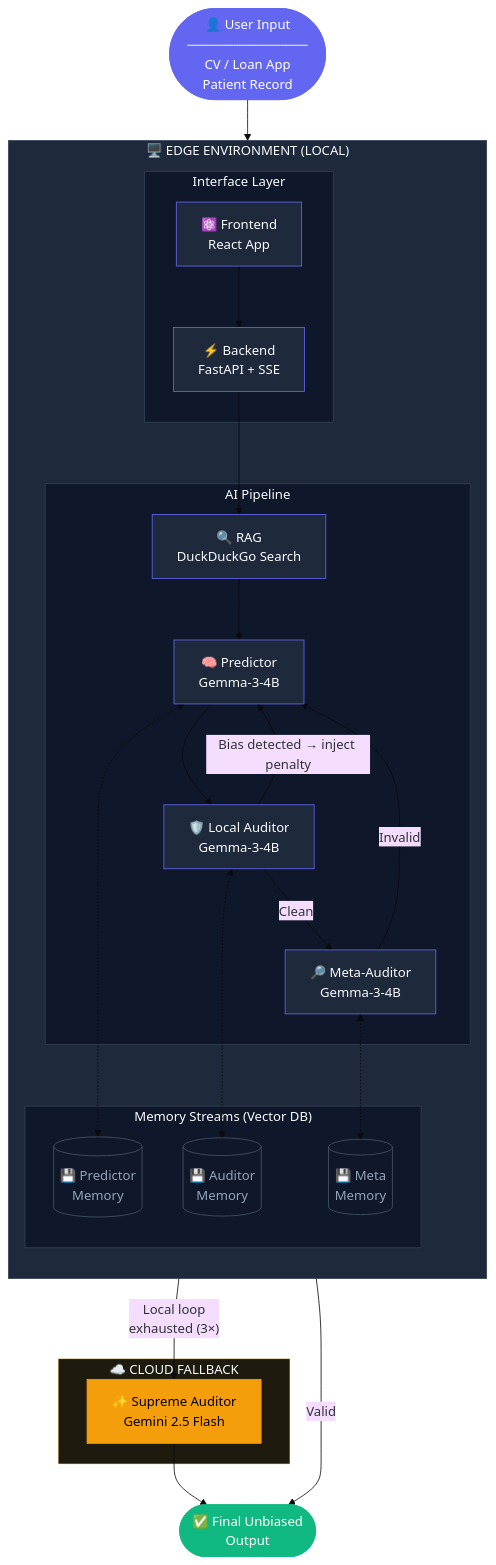
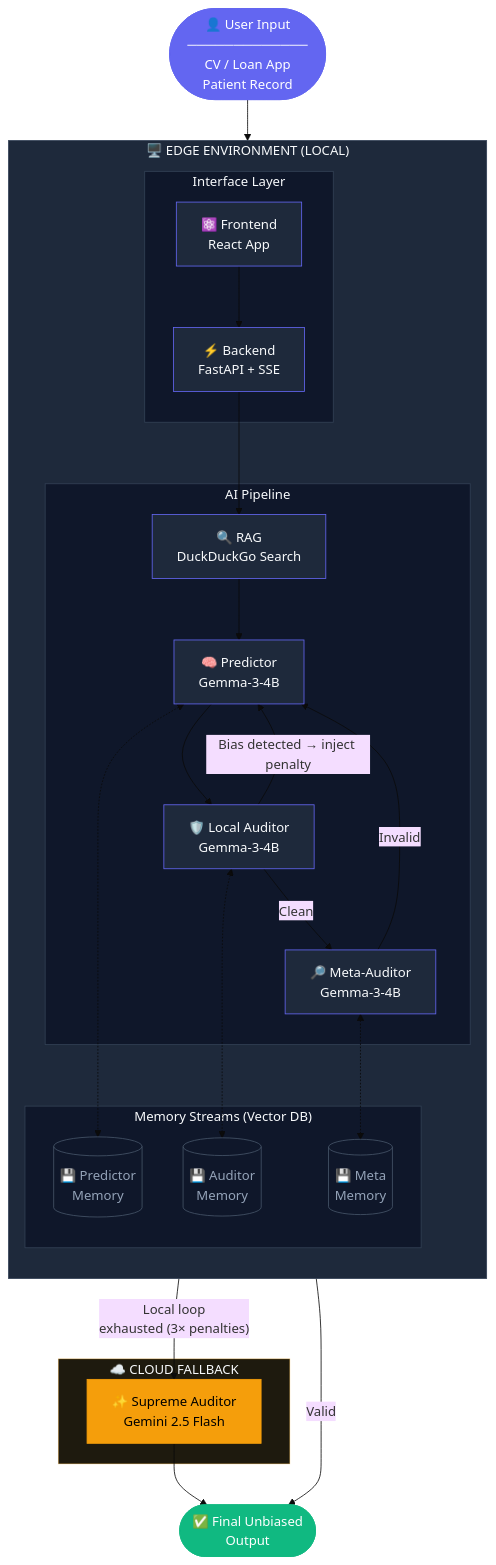
The diagram in README.md (SayanSantra-t/unbaised_AI), drawn with Mermaid (base theme) before and after one commit.

````diff
--- a/README.md
+++ b/README.md
@@ -11,66 +11,67 @@
 ```mermaid
 flowchart TD
     User(["👤 User Input\n─────────────\nCV / Loan App\nPatient Record"])
 
     subgraph EDGE["🖥️ EDGE ENVIRONMENT (LOCAL)"]
         direction TB
 
         subgraph UI["Interface Layer"]
             FE["⚛️ Frontend\nReact App"]
             BE["⚡ Backend\nFastAPI + SSE"]
         end
 
         subgraph PIPELINE["AI Pipeline"]
             RAG["🔍 RAG\nDuckDuckGo Search"]
             PRED["🧠 Predictor\nGemma-3-4B"]
             AUD["🛡️ Local Auditor\nGemma-3-4B"]
             META["🔎 Meta-Auditor\nGemma-3-4B"]
         end
 
         subgraph MEMORY["Memory Streams (Vector DB)"]
             VM1[("💾 Predictor\nMemory")]
             VM2[("💾 Auditor\nMemory")]
             VM3[("💾 Meta\nMemory")]
         end
     end
 
     subgraph CLOUD["☁️ CLOUD FALLBACK"]
         SUP["✨ Supreme Auditor\nGemini 2.5 Flash"]
     end
 
     RESULT(["✅ Final Unbiased\nOutput"])
 
     User --> FE --> BE
     BE --> RAG
     RAG --> PRED
     PRED --> AUD
     AUD -- "Bias detected → inject penalty" --> PRED
     AUD -- "Clean" --> META
     META -- "Valid" --> RESULT
     META -- "Invalid" --> PRED
 
     PRED <-.-> VM1
     AUD  <-.-> VM2
     META <-.-> VM3
 
-    BE -- "Local loop\nexhausted (3×)" --> SUP
+    %% Updated Fallback Logic
+    AUD -- "Local loop\nexhausted (3× penalties)" --> SUP
     SUP --> RESULT
 
     style EDGE fill:#1e293b,stroke:#334155,color:#f8fafc
     style CLOUD fill:#1e1a0e,stroke:#f59e0b55,color:#f8fafc
     style PIPELINE fill:#0f172a,stroke:#334155,color:#f8fafc
     style UI fill:#0f172a,stroke:#334155,color:#f8fafc
     style MEMORY fill:#0f172a,stroke:#334155,color:#f8fafc
     style User fill:#6366f1,stroke:#6366f1,color:#fff
     style RESULT fill:#10b981,stroke:#10b981,color:#fff
     style SUP fill:#f59e0b,stroke:#f59e0b,color:#000
     style FE fill:#1e293b,stroke:#6366f1,color:#f8fafc
     style BE fill:#1e293b,stroke:#6366f1,color:#f8fafc
     style RAG fill:#1e293b,stroke:#6366f1,color:#f8fafc
     style PRED fill:#1e293b,stroke:#6366f1,color:#f8fafc
     style AUD fill:#1e293b,stroke:#6366f1,color:#f8fafc
     style META fill:#1e293b,stroke:#6366f1,color:#f8fafc
     style VM1 fill:#0f172a,stroke:#475569,color:#94a3b8
     style VM2 fill:#0f172a,stroke:#475569,color:#94a3b8
     style VM3 fill:#0f172a,stroke:#475569,color:#94a3b8
 ```
````
